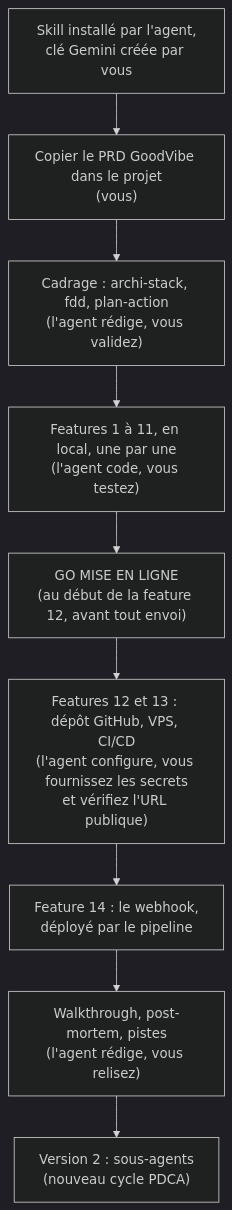
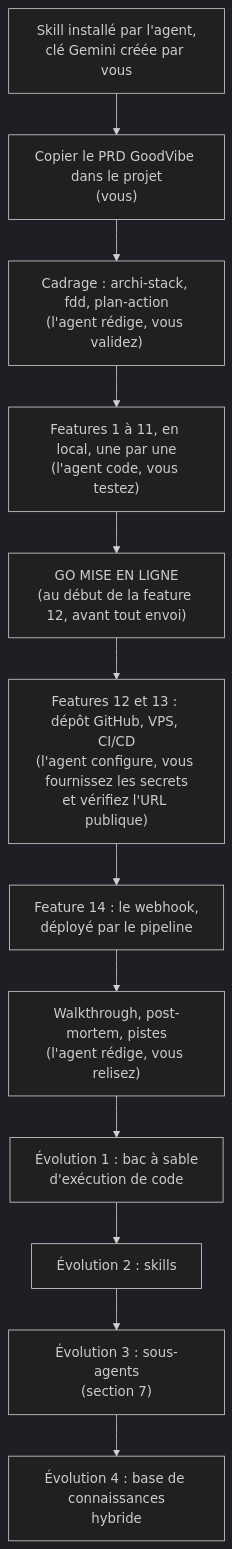
Before and after one commit to lecinquiemejour-code/goodvibe-tuto: the first of 44 diagrams in tuto-goodvibe-vibecoding.md, drawn with Mermaid (dark theme). The commit also changed other lines of this file and 2 other files, not shown here.

````diff
--- a/tuto-goodvibe-vibecoding.md
+++ b/tuto-goodvibe-vibecoding.md
@@ -168,11 +168,14 @@
 ```mermaid
 flowchart TD
     A["Skill installé par l'agent,<br/>clé Gemini créée par vous"] --> B["Copier le PRD GoodVibe dans le projet<br/>(vous)"]
     B --> C["Cadrage : archi-stack, fdd, plan-action<br/>(l'agent rédige, vous validez)"]
     C --> D["Features 1 à 11, en local, une par une<br/>(l'agent code, vous testez)"]
     D --> F["GO MISE EN LIGNE<br/>(au début de la feature 12, avant tout envoi)"]
     F --> E["Features 12 et 13 : dépôt GitHub, VPS, CI/CD<br/>(l'agent configure, vous fournissez les secrets<br/>et vérifiez l'URL publique)"]
     E --> F2["Feature 14 : le webhook,<br/>déployé par le pipeline"]
     F2 --> G["Walkthrough, post-mortem, pistes<br/>(l'agent rédige, vous relisez)"]
-    G --> H["Version 2 : sous-agents<br/>(nouveau cycle PDCA)"]
+    G --> H1["Évolution 1 : bac à sable<br/>d'exécution de code"]
+    H1 --> H2["Évolution 2 : skills"]
+    H2 --> H3["Évolution 3 : sous-agents<br/>(section 7)"]
+    H3 --> H4["Évolution 4 : base de connaissances<br/>hybride"]
 ```
````
